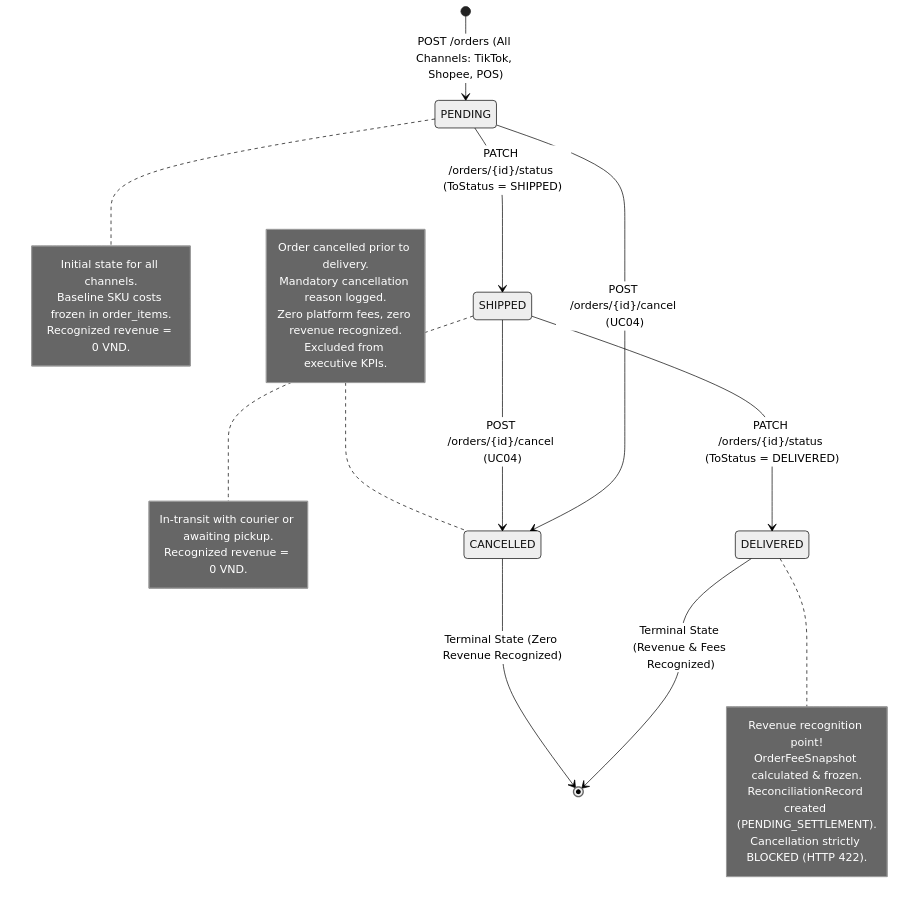
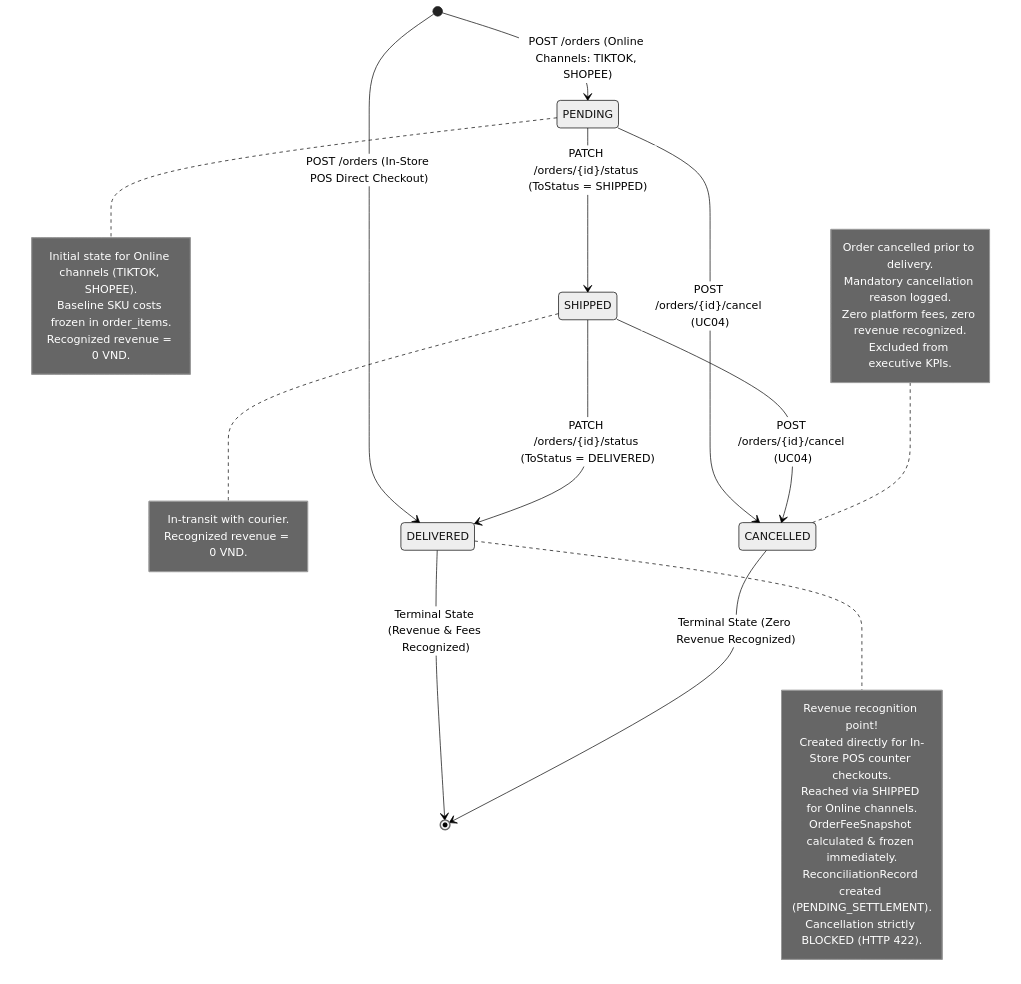
The first of 3 diagrams in docs/architecture/state_diagrams_en.md (duchoa0405/Quanly_DoanhThu_LoiNhuan_DangDucHoa_VSF), drawn with Mermaid (neutral theme) before and after one commit. The commit also changed other lines of this file and 19 other files, not shown here.

Commit message:
feat(p09): complete Stage 1 - fix CI release mapping, officialize POS lifecycle, sync frontend contracts, eliminate fee fallback, and add analytics integration tests

````diff
--- a/docs/architecture/state_diagrams_en.md
+++ b/docs/architecture/state_diagrams_en.md
@@ -25,40 +25,43 @@
 ```mermaid
 stateDiagram-v2
     direction TB
 
-    [*] --> PENDING : POST /orders (All Channels: TikTok, Shopee, POS)
+    [*] --> PENDING : POST /orders (Online Channels: TIKTOK, SHOPEE)
+    [*] --> DELIVERED : POST /orders (In-Store POS Direct Checkout)
 
     PENDING --> SHIPPED : PATCH /orders/{id}/status (ToStatus = SHIPPED)
     PENDING --> CANCELLED : POST /orders/{id}/cancel (UC04)
 
     SHIPPED --> DELIVERED : PATCH /orders/{id}/status (ToStatus = DELIVERED)
     SHIPPED --> CANCELLED : POST /orders/{id}/cancel (UC04)
 
     DELIVERED --> [*] : Terminal State (Revenue & Fees Recognized)
     CANCELLED --> [*] : Terminal State (Zero Revenue Recognized)
 
     note right of PENDING
-        Initial state for all channels.
+        Initial state for Online channels (TIKTOK, SHOPEE).
         Baseline SKU costs frozen in order_items.
         Recognized revenue = 0 VND.
     end note
 
     note right of SHIPPED
-        In-transit with courier or awaiting pickup.
+        In-transit with courier.
         Recognized revenue = 0 VND.
     end note
 
     note right of DELIVERED
         Revenue recognition point!
-        OrderFeeSnapshot calculated & frozen.
+        Created directly for In-Store POS counter checkouts.
+        Reached via SHIPPED for Online channels.
+        OrderFeeSnapshot calculated & frozen immediately.
         ReconciliationRecord created (PENDING_SETTLEMENT).
         Cancellation strictly BLOCKED (HTTP 422).
     end note
 
     note left of CANCELLED
         Order cancelled prior to delivery.
         Mandatory cancellation reason logged.
         Zero platform fees, zero revenue recognized.
         Excluded from executive KPIs.
     end note
 ```
````
